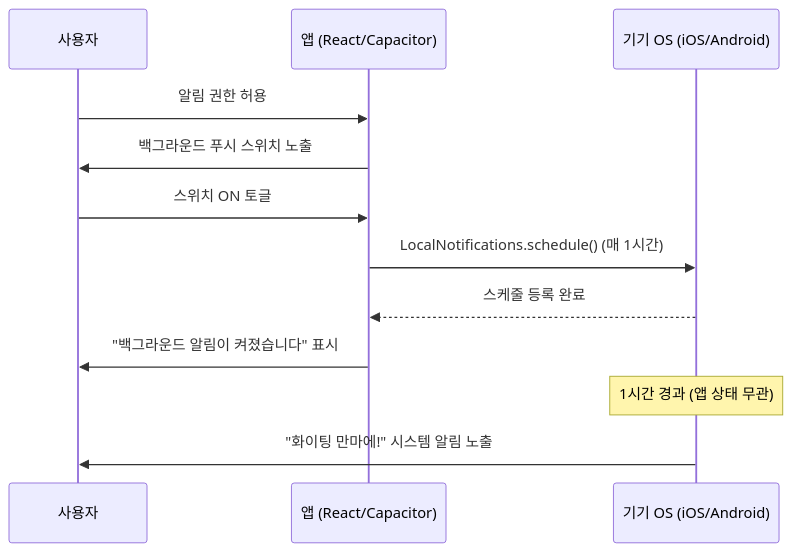
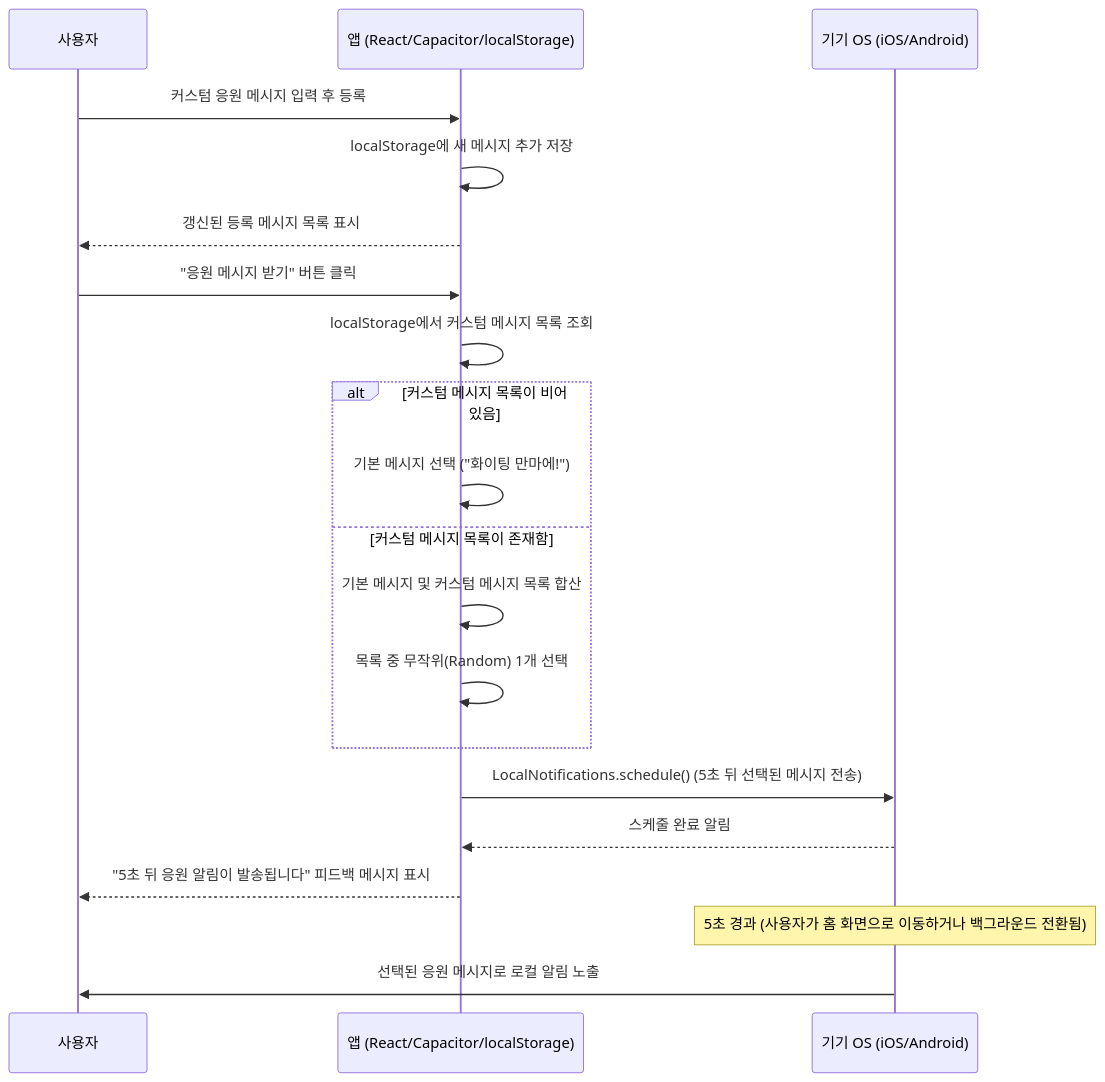
The second of 2 diagrams in docs/user-flow/push_notification_flow.md (mann-lab-apps/dimmer-switch), drawn with Mermaid before and after one commit. The commit also changed other lines of this file and 5 other files, not shown here.

Commit message:
feat: 커스텀 응원 메시지 등록/삭제 기능 및 랜덤 푸시 기능 추가 (BDD-TDD 완료)

````diff
--- a/docs/user-flow/push_notification_flow.md
+++ b/docs/user-flow/push_notification_flow.md
@@ -33,19 +49,28 @@
 ```mermaid
 sequenceDiagram
     participant User as 사용자
-    participant App as 앱 (React/Capacitor)
+    participant App as 앱 (React/Capacitor/localStorage)
     participant OS as 기기 OS (iOS/Android)
     
-    User->>App: 알림 권한 허용
-    App->>User: 백그라운드 푸시 스위치 노출
+    %% 1. 메시지 등록
+    User->>App: 커스텀 응원 메시지 입력 후 등록
+    App->>App: localStorage에 새 메시지 추가 저장
+    App-->>User: 갱신된 등록 메시지 목록 표시
     
-    %% 백그라운드 푸시 On
-    User->>App: 스위치 ON 토글
-    App->>OS: LocalNotifications.schedule() (매 1시간)
-    OS-->>App: 스케줄 등록 완료
-    App->>User: "백그라운드 알림이 켜졌습니다" 표시
-
-    %% 스케줄 알림 발송
-    Note over OS: 1시간 경과 (앱 상태 무관)
-    OS->>User: "화이팅 만마에!" 시스템 알림 노출
+    %% 2. 알림 받기 요청
+    User->>App: "응원 메시지 받기" 버튼 클릭
+    App->>App: localStorage에서 커스텀 메시지 목록 조회
+    alt 커스텀 메시지 목록이 비어 있음
+        App->>App: 기본 메시지 선택 ("화이팅 만마에!")
+    else 커스텀 메시지 목록이 존재함
+        App->>App: 기본 메시지 및 커스텀 메시지 목록 합산
+        App->>App: 목록 중 무작위(Random) 1개 선택
+    end
+    
+    App->>OS: LocalNotifications.schedule() (5초 뒤 선택된 메시지 전송)
+    OS-->>App: 스케줄 완료 알림
+    App-->>User: "5초 뒤 응원 알림이 발송됩니다" 피드백 메시지 표시
+    
+    Note over OS: 5초 경과 (사용자가 홈 화면으로 이동하거나 백그라운드 전환됨)
+    OS->>User: 선택된 응원 메시지로 로컬 알림 노출
 ```
````
